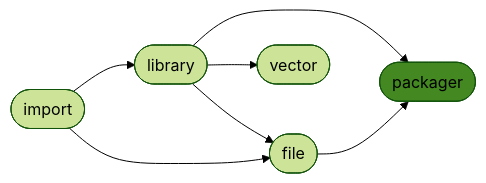
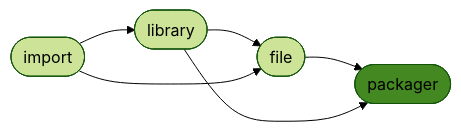
The diagram in README.md (ManderaGeneral/generalpackager), drawn with Mermaid (forest theme) before and after one commit. The commit also changed other lines of this file and 1 other file, not shown here.

Commit message:
[CI AUTO] Sync triggered by generalpackager

````diff
--- a/README.md
+++ b/README.md
@@ -24,15 +24,13 @@
 ```mermaid
 flowchart LR
+2([file]) --> 3([packager])
+1([library]) --> 2([file])
 0([import]) --> 1([library])
 0([import]) --> 2([file])
-1([library]) --> 4([packager])
-1([library]) --> 3([vector])
-1([library]) --> 2([file])
-2([file]) --> 4([packager])
+1([library]) --> 3([packager])
 click 0 "https://github.com/ManderaGeneral/generalimport"
 click 1 "https://github.com/ManderaGeneral/generallibrary"
 click 2 "https://github.com/ManderaGeneral/generalfile"
-click 3 "https://github.com/ManderaGeneral/generalvector"
-click 4 "https://github.com/ManderaGeneral/generalpackager"
-style 4 fill:#482
+click 3 "https://github.com/ManderaGeneral/generalpackager"
+style 3 fill:#482
 ```
````
